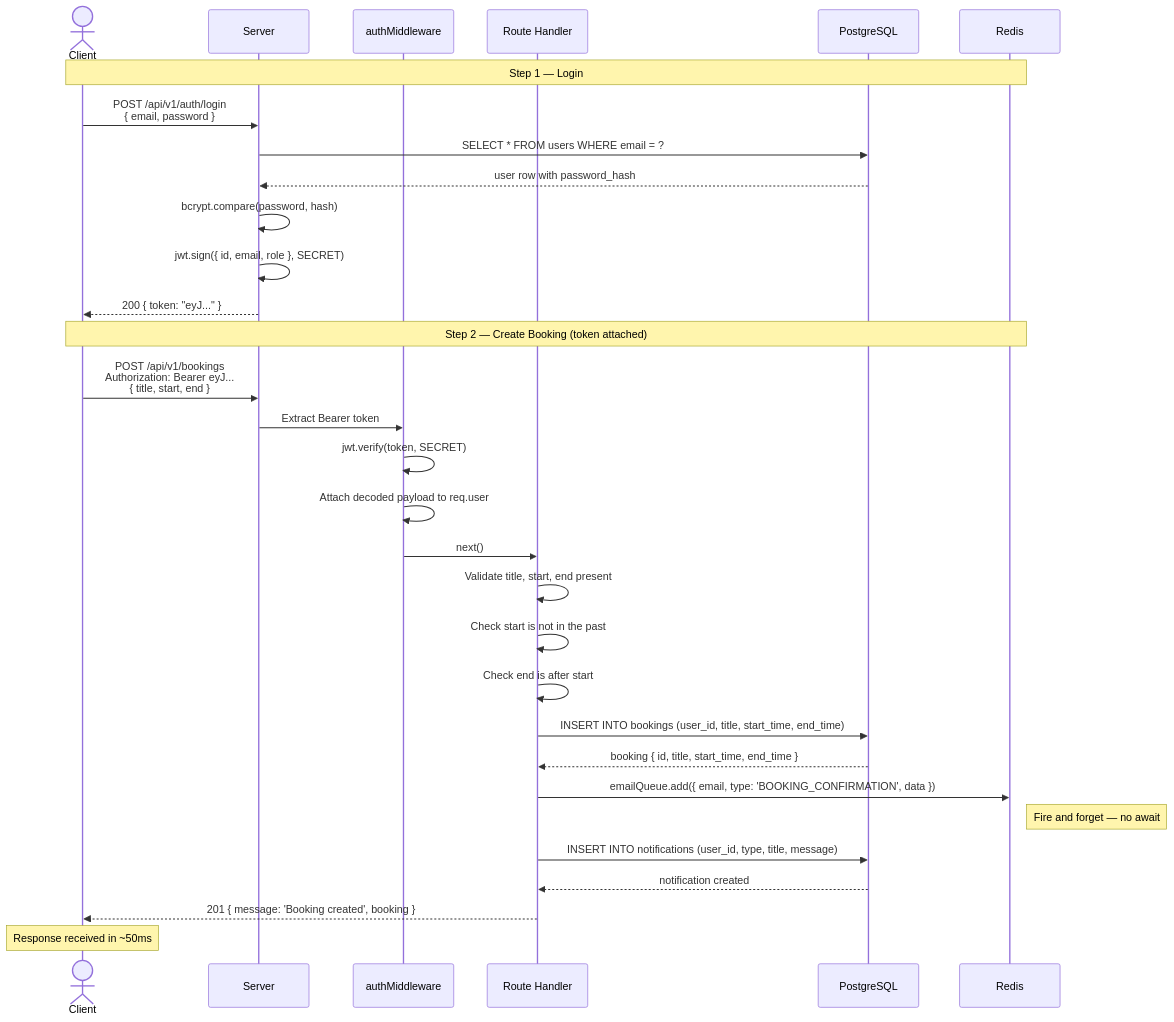
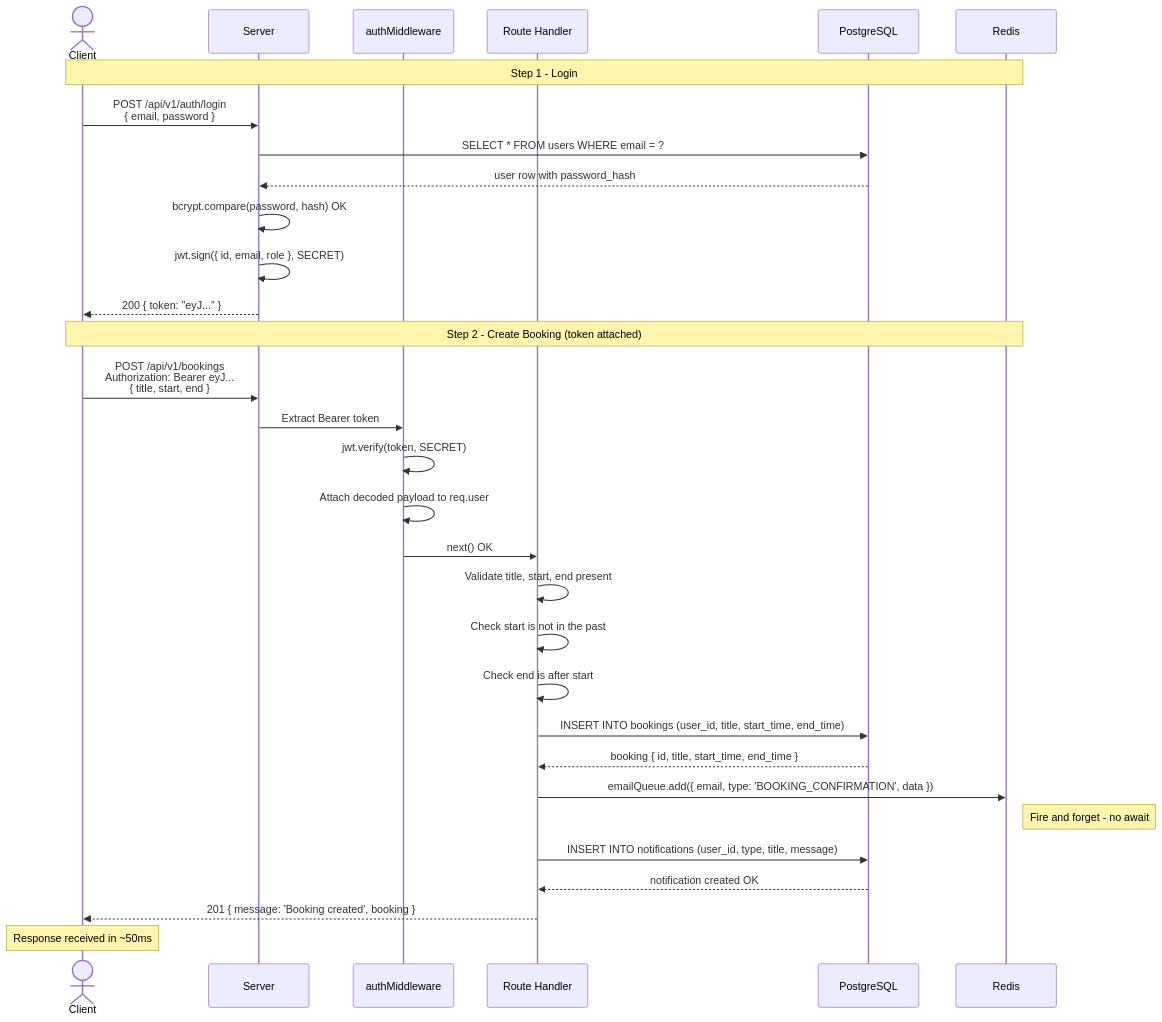
The fourth of 15 diagrams in README.md (Ochanda-Charles/Event-scheduling-system), drawn with Mermaid before and after one commit. The commit also changed other lines of this file, not shown here.

Commit message:
docs: fix mermaid diagram rendering with proper indentation and syntax

````diff
--- a/README.md
+++ b/README.md
@@ -261,43 +261,43 @@
 ```mermaid
 sequenceDiagram
- actor Client
- participant Server
- participant AuthMW as authMiddleware
- participant Handler as Route Handler
- participant DB as PostgreSQL
- participant Redis
+    actor Client
+    participant Server
+    participant AuthMW as authMiddleware
+    participant Handler as Route Handler
+    participant DB as PostgreSQL
+    participant Redis
 
- Note over Client,Redis: Step 1 — Login
+    Note over Client,Redis: Step 1 - Login
 
- Client->>Server: POST /api/v1/auth/login<br/>{ email, password }
- Server->>DB: SELECT * FROM users WHERE email = ?
- DB-->>Server: user row with password_hash
- Server->>Server: bcrypt.compare(password, hash) 
- Server->>Server: jwt.sign({ id, email, role }, SECRET)
- Server-->>Client: 200 { token: "eyJ..." }
+    Client->>Server: POST /api/v1/auth/login<br/>{ email, password }
+    Server->>DB: SELECT * FROM users WHERE email = ?
+    DB-->>Server: user row with password_hash
+    Server->>Server: bcrypt.compare(password, hash) OK
+    Server->>Server: jwt.sign({ id, email, role }, SECRET)
+    Server-->>Client: 200 { token: "eyJ..." }
 
- Note over Client,Redis: Step 2 — Create Booking (token attached)
+    Note over Client,Redis: Step 2 - Create Booking (token attached)
 
- Client->>Server: POST /api/v1/bookings<br/>Authorization: Bearer eyJ...<br/>{ title, start, end }
+    Client->>Server: POST /api/v1/bookings<br/>Authorization: Bearer eyJ...<br/>{ title, start, end }
 
- Server->>AuthMW: Extract Bearer token
- AuthMW->>AuthMW: jwt.verify(token, SECRET)
- AuthMW->>AuthMW: Attach decoded payload to req.user
- AuthMW->>Handler: next() 
+    Server->>AuthMW: Extract Bearer token
+    AuthMW->>AuthMW: jwt.verify(token, SECRET)
+    AuthMW->>AuthMW: Attach decoded payload to req.user
+    AuthMW->>Handler: next() OK
 
- Handler->>Handler: Validate title, start, end present
- Handler->>Handler: Check start is not in the past
- Handler->>Handler: Check end is after start
+    Handler->>Handler: Validate title, start, end present
+    Handler->>Handler: Check start is not in the past
+    Handler->>Handler: Check end is after start
 
- Handler->>DB: INSERT INTO bookings (user_id, title, start_time, end_time)
- DB-->>Handler: booking { id, title, start_time, end_time }
+    Handler->>DB: INSERT INTO bookings (user_id, title, start_time, end_time)
+    DB-->>Handler: booking { id, title, start_time, end_time }
 
- Handler->>Redis: emailQueue.add({ email, type: 'BOOKING_CONFIRMATION', data })
- Note right of Redis: Fire and forget — no await
+    Handler->>Redis: emailQueue.add({ email, type: 'BOOKING_CONFIRMATION', data })
+    Note right of Redis: Fire and forget - no await
 
- Handler->>DB: INSERT INTO notifications (user_id, type, title, message)
- DB-->>Handler: notification created 
+    Handler->>DB: INSERT INTO notifications (user_id, type, title, message)
+    DB-->>Handler: notification created OK
 
- Handler-->>Client: 201 { message: 'Booking created', booking }
- Note over Client: Response received in ~50ms
+    Handler-->>Client: 201 { message: 'Booking created', booking }
+    Note over Client: Response received in ~50ms
 ```
````
